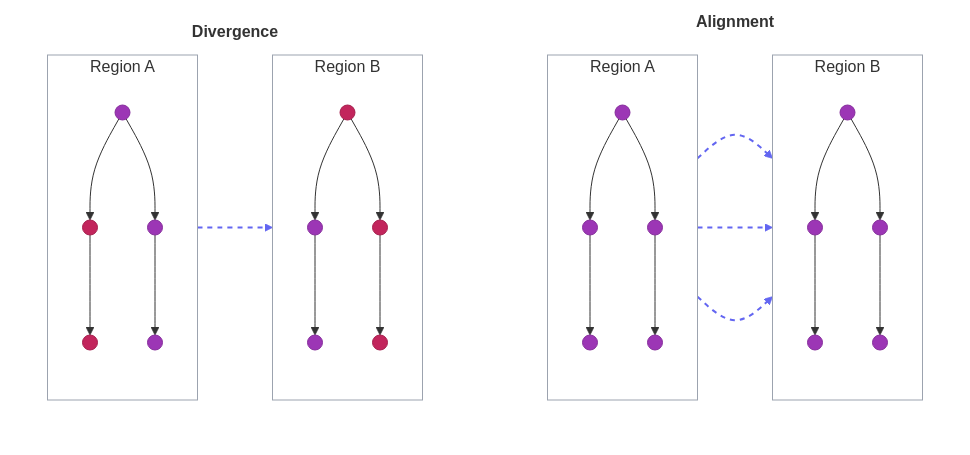
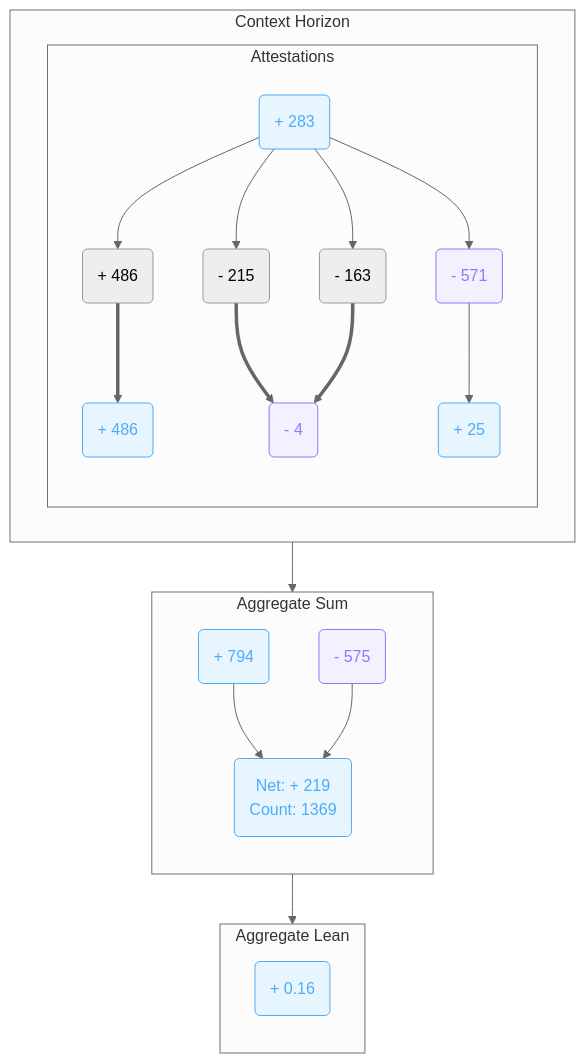
One commit to clairemira/miranova changed the fifth of 8 diagrams in content/commons/01-overview.mdx. Above: the diagram before and after it, drawn with Mermaid. The commit also changed other lines of this file, not shown here.

Commit message:
Updated docs and added more graphs

````diff
--- a/content/commons/01-overview.mdx
+++ b/content/commons/01-overview.mdx
@@ -553,107 +552,64 @@
 ```mermaid
+---
+config:
+  flowchart:
+    curve: basis
+  theme: neutral
+---
 graph TD
 
-    subgraph Alignment["<b>Alignment</b>"]
-        direction LR
+subgraph CH["Context Horizon"]
+  direction LR
 
-        subgraph AlignmentA["Region A"]
-            direction TD
+  subgraph ATT["Attestations"]
+    direction TB
 
-            A(( ))
-            B(( ))
-            C(( ))
-            D(( ))
-            E(( ))
+    A("+ 283")
+    B("+ 486")
+    C("+ 486")
+    D("- 215")
+    E("- 163")
+    F("- 4")
+    G("- 571")
+    H("+ 25")
 
-            A --> B
-            A --> C
-            B --> D
-            C --> E
-        end
+    A --> B
+    B ==> C
+    A --> D
+    A --> E
 
-        subgraph AlignmentB["Region B"]
-            direction TD
+    D ==> F
+    E ==> F
+    A --> G
+    G --> H
+  end
+end
 
-            A2(( ))
-            B2(( ))
-            C2(( ))
-            D2(( ))
-            E2(( ))
+subgraph SUM["Aggregate Sum"]
+  direction TB
 
-            A2 --> B2
-            A2 --> C2
-            B2 --> D2
-            C2 --> E2
-        end
-    end
+  NET("Net: + 219</br>Count: 1369")
 
-    subgraph Divergence["<b>Divergence</b>"]
-        direction LR
+  POS("+ 794")
+  NEG("- 575")
+end
 
-        subgraph DivergenceA["Region A"]
-            direction TD
+POS --> NET
+NEG --> NET
 
-            F(( ))
-            G(( ))
-            H(( ))
-            I(( ))
-            J(( ))
+subgraph AGG["Aggregate Lean"]
+  direction TB
 
-            F --> G
-            F --> H
-            G --> I
-            H --> J
-        end
+  NOR("+ 0.16")
+end
 
-        subgraph DivergenceB["Region B"]
-            direction TD
+ATT --> SUM
+SUM --> AGG
 
-            F2(( ))
-            G2(( ))
-            H2(( ))
-            I2(( ))
-            J2(( ))
+class A,C,H,POS,NOR,NET blueNode
+class F,G,NEG violetNode
+%% class B,D,E supersededNode
 
-            F2 --> G2
-            F2 --> H2
-            G2 --> I2
-            H2 --> J2
-        end
-    end
-
-    %% Alignment correspondence mappings
-    A -.-> A2
-    C -.-> C2
-    E -.-> E2
-
-    %% Divergence: only one surviving correspondence mapping
-    F -.-> F2
-
-    %% Alignment: all same direction
-    class A,B,C,D,E,A2,B2,C2,D2,E2 alignmentNode
-
-    %% Divergence: intentionally mixed
-    class F,H,J,G2,I2 divergenceGrape
-    class G,I,F2,H2,J2 divergencePink
-
-    %% Styles
-    classDef alignmentNode fill:#9c36b5,stroke:#862e9c,color:#fff
-    classDef divergenceGrape fill:#9c36b5,stroke:#862e9c,color:#fff
-    classDef divergencePink fill:#c2255c,stroke:#a61e4d,color:#fff
-
-    %% Group boundaries
-    style Alignment fill:transparent,stroke:none
-    style Divergence fill:transparent,stroke:none
-
-    %% Region boundaries
-    style AlignmentA fill:transparent,stroke:#9ca3af,stroke-width:1px
-    style AlignmentB fill:transparent,stroke:#9ca3af,stroke-width:1px
-    style DivergenceA fill:transparent,stroke:#9ca3af,stroke-width:1px
-    style DivergenceB fill:transparent,stroke:#9ca3af,stroke-width:1px
-
-    %% Correspondence mappings remain indigo
-    linkStyle 16 stroke:#6366f1,stroke-width:2px,stroke-dasharray:5 5
-    linkStyle 17 stroke:#6366f1,stroke-width:2px,stroke-dasharray:5 5
-    linkStyle 18 stroke:#6366f1,stroke-width:2px,stroke-dasharray:5 5
-    linkStyle 19 stroke:#6366f1,stroke-width:2px,stroke-dasharray:5 5
+classDef blueNode fill:#e7f5ff,stroke:#4dabf7,color:#4dabf7
+classDef violetNode fill:#f3f0ff,stroke:#9775fa,color:#9775fa
 ```
````
